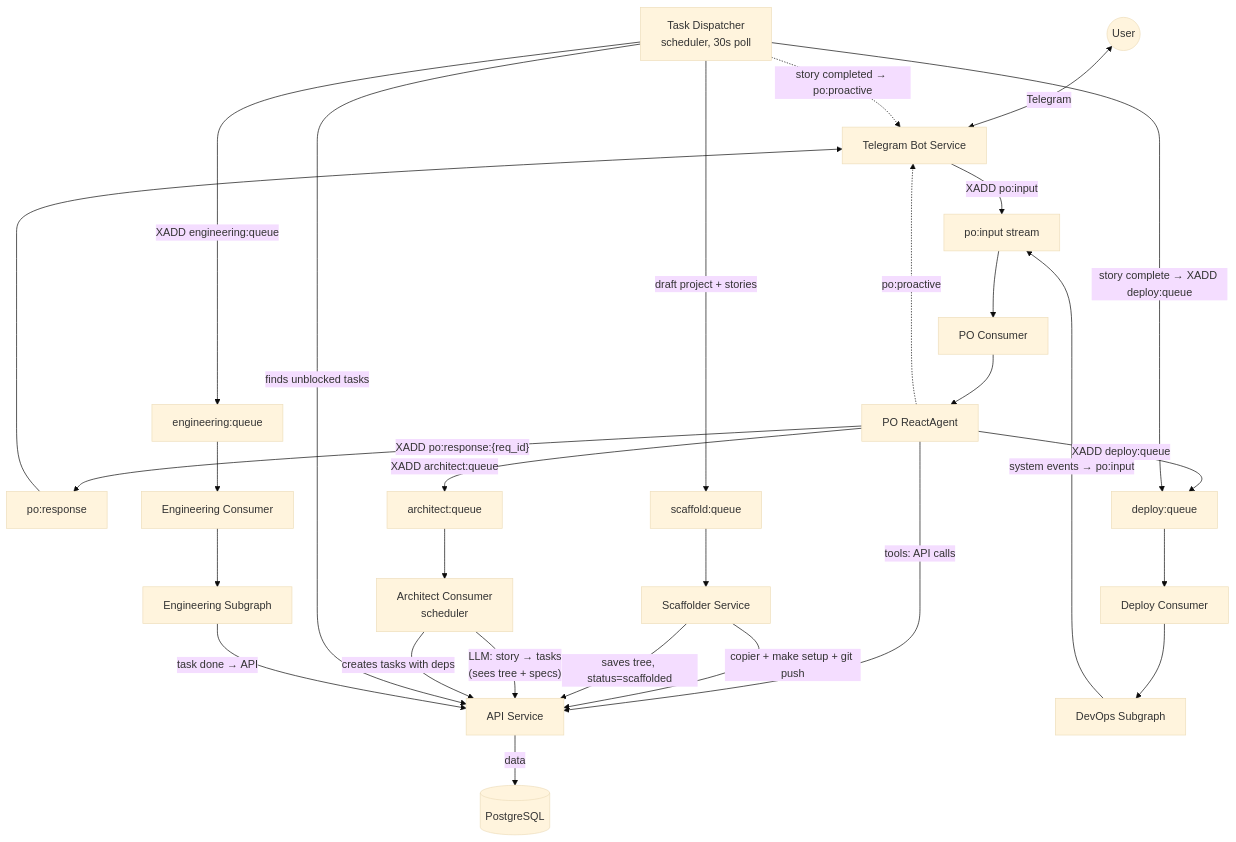
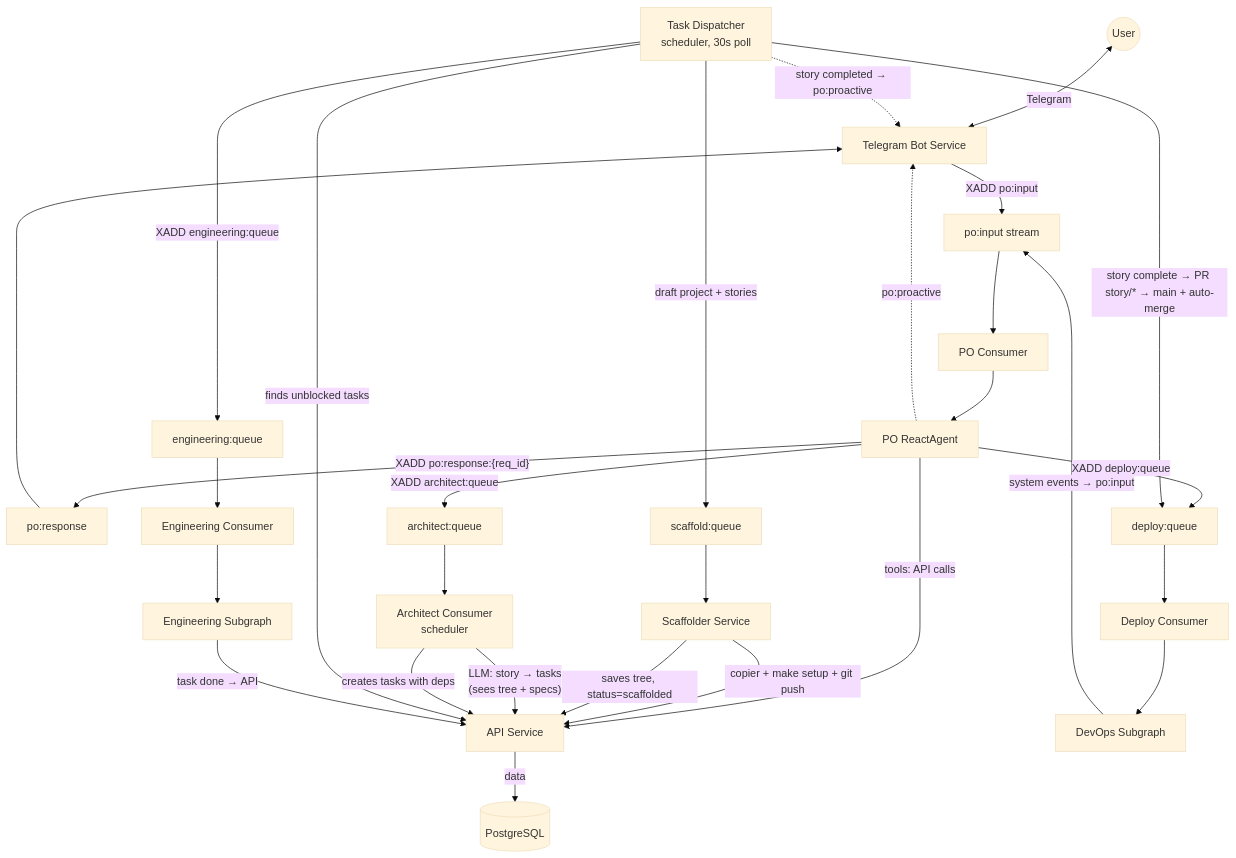
The diagram in ARCHITECTURE.md (vladmesh/codegen_orchestrator), drawn with Mermaid (base theme) before and after one commit. The commit also changed other lines of this file and 5 other files, not shown here.

````diff
--- a/ARCHITECTURE.md
+++ b/ARCHITECTURE.md
@@ -75,40 +75,40 @@
 ```mermaid
 graph TD
     User((User)) <--> |Telegram| Bot[Telegram Bot Service]
     Bot --> |"XADD po:input"| POInput[po:input stream]
     POInput --> POConsumer[PO Consumer]
     POConsumer --> PO[PO ReactAgent]
     PO --> |"XADD po:response:{req_id}"| POResp[po:response]
     POResp --> Bot
 
     PO --> |"tools: API calls"| API[API Service]
     PO --> |"XADD architect:queue"| ArchQueue[architect:queue]
     PO --> |"XADD deploy:queue"| DeployQueue[deploy:queue]
     PO -.-> |"po:proactive"| Bot
 
     API --> |"data"| DB[(PostgreSQL)]
 
     Dispatcher[Task Dispatcher<br/>scheduler, 30s poll] --> |"draft project + stories"| ScaffoldQueue[scaffold:queue]
     ScaffoldQueue --> Scaffolder[Scaffolder Service]
     Scaffolder --> |"copier + make setup + git push"| API
     Scaffolder --> |"saves tree, status=scaffolded"| API
 
     ArchQueue --> ArchConsumer[Architect Consumer<br/>scheduler]
     ArchConsumer --> |"LLM: story → tasks<br/>(sees tree + specs)"| API
     ArchConsumer --> |"creates tasks with deps"| API
 
     Dispatcher --> |"finds unblocked tasks"| API
     Dispatcher --> |"XADD engineering:queue"| EngQueue[engineering:queue]
-    Dispatcher --> |"story complete → XADD deploy:queue"| DeployQueue
+    Dispatcher --> |"story complete → PR story/* → main + auto-merge"| DeployQueue
 
     EngQueue --> EngConsumer[Engineering Consumer]
     EngConsumer --> EngGraph[Engineering Subgraph]
 
     DeployQueue --> DepConsumer[Deploy Consumer]
     DepConsumer --> DepGraph[DevOps Subgraph]
 
     %% Feedback Loops
     EngGraph --> |"task done → API"| API
     DepGraph --> |"system events → po:input"| POInput
     Dispatcher -.-> |"story completed → po:proactive"| Bot
 ```
````
